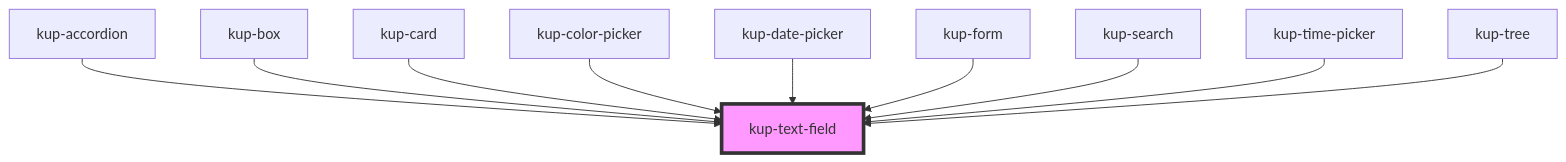
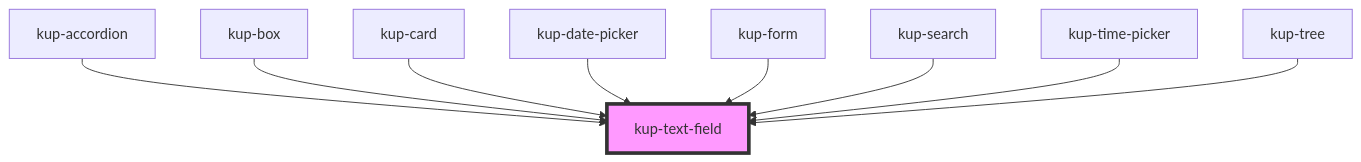
One commit to smeup/ketchup changed the diagram in packages/ketchup/src/components/kup-text-field/readme.md. Above: the diagram before and after it, drawn with Mermaid. The commit also changed other lines of this file and 20 other files, not shown here.

Commit message:
Bugfix (kup-color-picker): text field is read-only (value must be changed inside the dropdown picker).

````diff
--- a/packages/ketchup/src/components/kup-text-field/readme.md
+++ b/packages/ketchup/src/components/kup-text-field/readme.md
@@ -139,13 +138,12 @@
 ```mermaid
 graph TD;
   kup-accordion --> kup-text-field
   kup-box --> kup-text-field
   kup-card --> kup-text-field
-  kup-color-picker --> kup-text-field
   kup-date-picker --> kup-text-field
   kup-form --> kup-text-field
   kup-search --> kup-text-field
   kup-time-picker --> kup-text-field
   kup-tree --> kup-text-field
   style kup-text-field fill:#f9f,stroke:#333,stroke-width:4px
 ```
````
